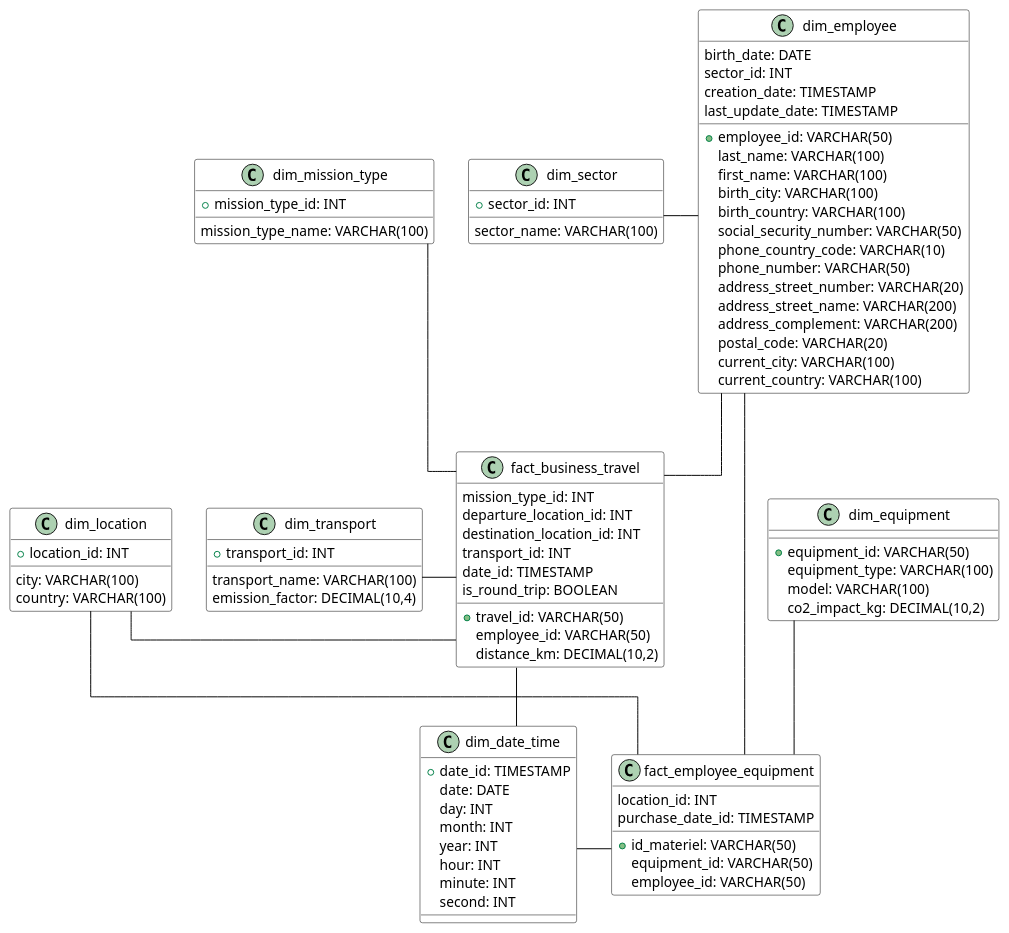
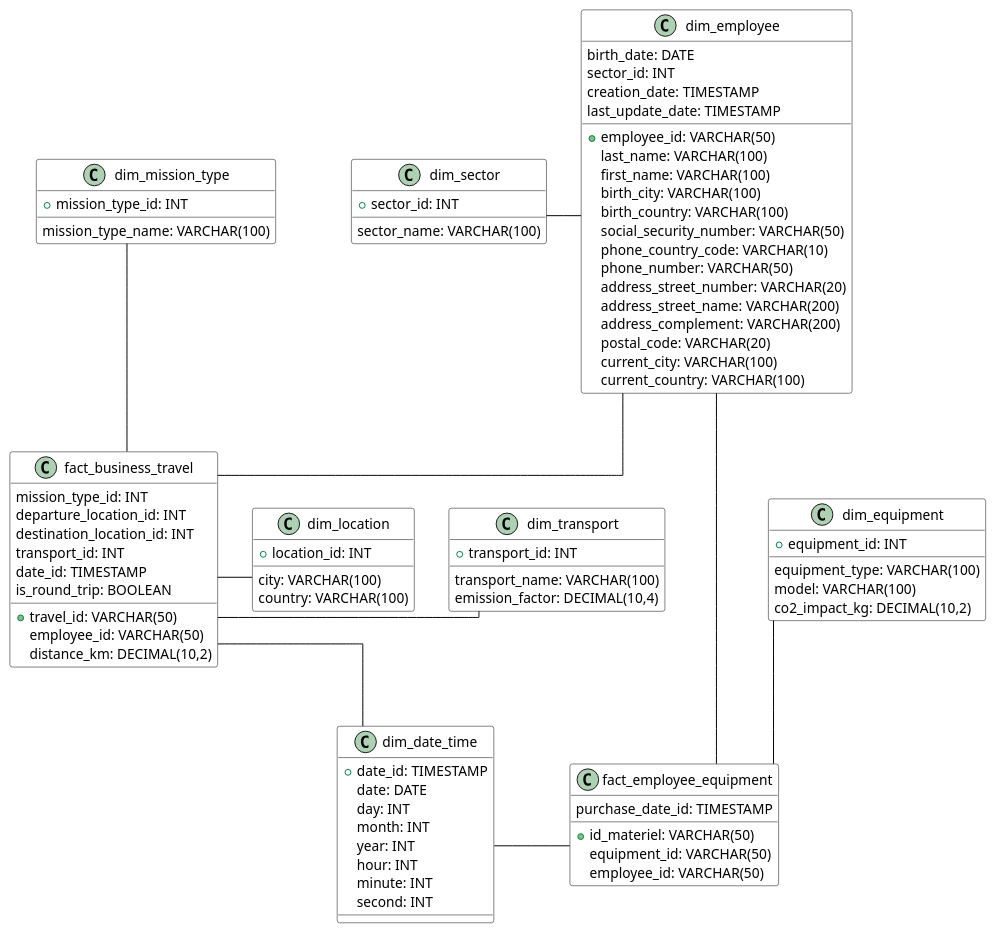
Before and after one commit to paulcmt/BGES: the diagram in db_schema.puml, drawn with PlantUML. The commit also changed 7 other files, not shown here.

```diff
--- a/db_schema.puml
+++ b/db_schema.puml
@@ -1,116 +1,114 @@
 @startuml Database Schema
 
 ' Set skin parameters for better visualization
 skinparam linetype ortho
 skinparam class {
     BackgroundColor White
     ArrowColor Black
     BorderColor Black
 }
 
 ' Top row - Dimension tables
 class "dim_sector" as sector {
     + sector_id: INT
     sector_name: VARCHAR(100)
 }
 
 class "dim_employee" as employee {
     + employee_id: VARCHAR(50)
     last_name: VARCHAR(100)
     first_name: VARCHAR(100)
     birth_date: DATE
     birth_city: VARCHAR(100)
     birth_country: VARCHAR(100)
     social_security_number: VARCHAR(50)
     phone_country_code: VARCHAR(10)
     phone_number: VARCHAR(50)
     address_street_number: VARCHAR(20)
     address_street_name: VARCHAR(200)
     address_complement: VARCHAR(200)
     postal_code: VARCHAR(20)
     current_city: VARCHAR(100)
     current_country: VARCHAR(100)
     sector_id: INT
     creation_date: TIMESTAMP
     last_update_date: TIMESTAMP
 }
 
 class "dim_equipment" as equipment {
-    + equipment_id: VARCHAR(50)
+    + equipment_id: INT
     equipment_type: VARCHAR(100)
     model: VARCHAR(100)
     co2_impact_kg: DECIMAL(10,2)
 }
 
 ' Bottom row - Fact tables and dimensions
 class "dim_mission_type" as mission_type {
     + mission_type_id: INT
     mission_type_name: VARCHAR(100)
 }
 
 class "dim_transport" as transport {
     + transport_id: INT
     transport_name: VARCHAR(100)
     emission_factor: DECIMAL(10,4)
 }
 
 class "fact_business_travel" as business_travel {
     + travel_id: VARCHAR(50)
     employee_id: VARCHAR(50)
     mission_type_id: INT
     departure_location_id: INT
     destination_location_id: INT
     transport_id: INT
     date_id: TIMESTAMP
     distance_km: DECIMAL(10,2)
     is_round_trip: BOOLEAN
 }
 
 class "dim_location" as location {
     + location_id: INT
     city: VARCHAR(100)
     country: VARCHAR(100)
 }
 
 class "dim_date_time" as date_time {
     + date_id: TIMESTAMP
     date: DATE
     day: INT
     month: INT
     year: INT
     hour: INT
     minute: INT
     second: INT
 }
 
 class "fact_employee_equipment" as employee_equipment {
     + id_materiel: VARCHAR(50)
     equipment_id: VARCHAR(50)
     employee_id: VARCHAR(50)
-    location_id: INT
     purchase_date_id: TIMESTAMP
 }
 
 ' Layout
 sector -[hidden]right- employee
 employee -[hidden]right- equipment
 
 mission_type -[hidden]right- transport
 transport -[hidden]right- business_travel
 business_travel -[hidden]right- location
 location -[hidden]right- date_time
 date_time -[hidden]right- employee_equipment
 
 ' Relationships
 employee -- business_travel
 employee -- employee_equipment
 employee -- sector
 mission_type -- business_travel
 transport -- business_travel
 date_time -- business_travel
 location -- business_travel
-location -- employee_equipment
 equipment -- employee_equipment
 date_time -- employee_equipment
 
 @enduml 
```
